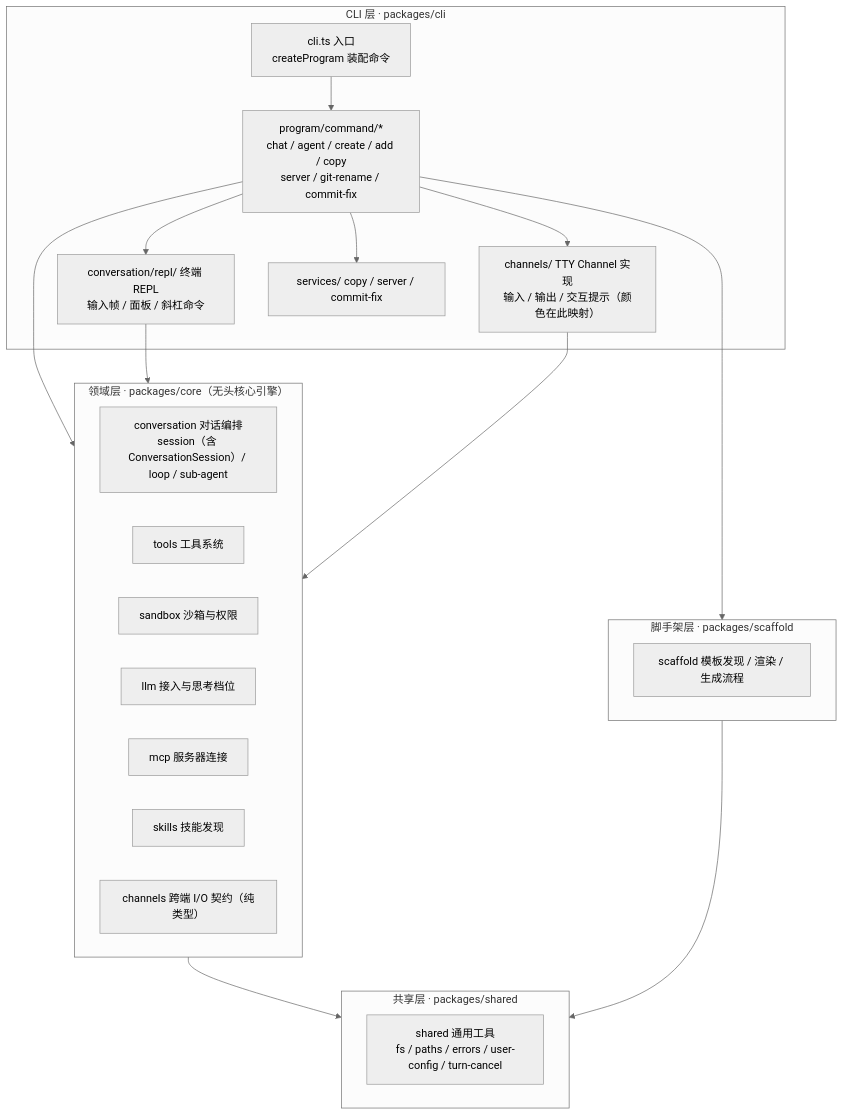
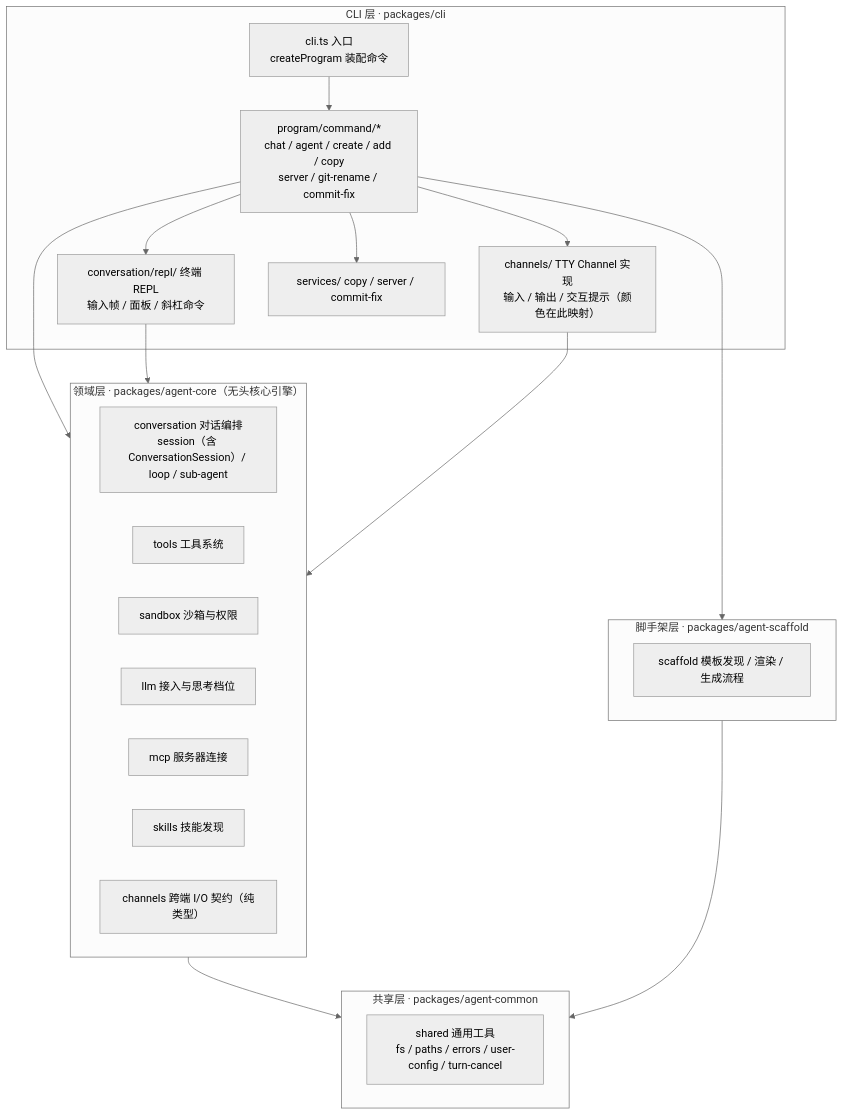
One commit to tanyueran/tx-cli changed the first of 3 diagrams in docs/ARCHITECTURE.md. Above: the diagram before and after it, drawn with Mermaid (neutral theme). The commit also changed other lines of this file and 314 other files, not shown here.

````diff
--- a/docs/ARCHITECTURE.md
+++ b/docs/ARCHITECTURE.md
@@ -22,32 +22,32 @@
 ```mermaid
 flowchart TD
     subgraph CLI层["CLI 层 · packages/cli"]
         CLI["cli.ts 入口<br/>createProgram 装配命令"]
         CMDS["program/command/*<br/>chat / agent / create / add / copy<br/>server / git-rename / commit-fix"]
         CHANNELS["channels/ TTY Channel 实现<br/>输入 / 输出 / 交互提示（颜色在此映射）"]
         REPL["conversation/repl/ 终端 REPL<br/>输入帧 / 面板 / 斜杠命令"]
         SERVICES["services/ copy / server / commit-fix"]
     end
-    subgraph 领域层["领域层 · packages/core（无头核心引擎）"]
+    subgraph 领域层["领域层 · packages/agent-core（无头核心引擎）"]
         CONV["conversation 对话编排<br/>session（含 ConversationSession）/ loop / sub-agent"]
         TOOLS["tools 工具系统"]
         SANDBOX["sandbox 沙箱与权限"]
         LLM["llm 接入与思考档位"]
         MCP["mcp 服务器连接"]
         SKILLS["skills 技能发现"]
         CH["channels 跨端 I/O 契约（纯类型）"]
     end
-    subgraph 脚手架层["脚手架层 · packages/scaffold"]
+    subgraph 脚手架层["脚手架层 · packages/agent-scaffold"]
         SCAFFOLD["scaffold 模板发现 / 渲染 / 生成流程"]
     end
-    subgraph 共享层["共享层 · packages/shared"]
+    subgraph 共享层["共享层 · packages/agent-common"]
         SHARED["shared 通用工具<br/>fs / paths / errors / user-config / turn-cancel"]
     end
     CLI --> CMDS --> 领域层
     CMDS --> REPL --> 领域层
     CMDS --> SERVICES
     CMDS --> CHANNELS --> 领域层
     CMDS --> 脚手架层
     领域层 --> 共享层
     脚手架层 --> 共享层
 ```
````
